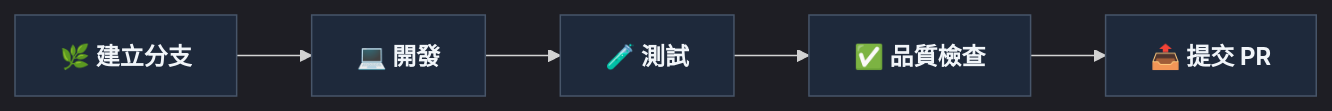
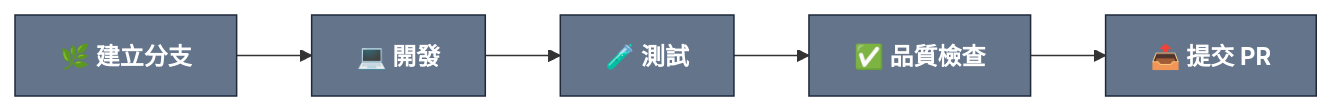
The diagram in CONTRIBUTING.md (Neal75418/StarScope), drawn with Mermaid before and after one commit. The commit also changed 1 other file, not shown here.

Commit message:
docs: remove mermaid init directive and sync architecture diagram
- CONTRIBUTING.md: 移除 %%{init: theme dark}%%（GitHub dark mode 會 override，light mode 使用者看到不協調配色），classDef 改用飽和 500-shade + 白字
- README.md: 架構圖補上 Feed Generator 服務與 daily 07:30 排程邊——圖表原本停留在 For You Feed 上線前的狀態

````diff
--- a/CONTRIBUTING.md
+++ b/CONTRIBUTING.md
@@ -55,11 +55,10 @@
 ```mermaid
-%%{init: {'theme': 'dark'}}%%
 graph LR
     A["🌿 建立分支"] --> B["💻 開發"]
     B --> C["🧪 測試"]
     C --> D["✅ 品質檢查"]
     D --> E["📤 提交 PR"]
 
-    classDef step fill:#1e293b,stroke:#475569,color:#f1f5f9,font-weight:bold
+    classDef step fill:#64748B,stroke:#1E293B,color:#FFFFFF,font-weight:bold
     class A,B,C,D,E step
 ```
````
